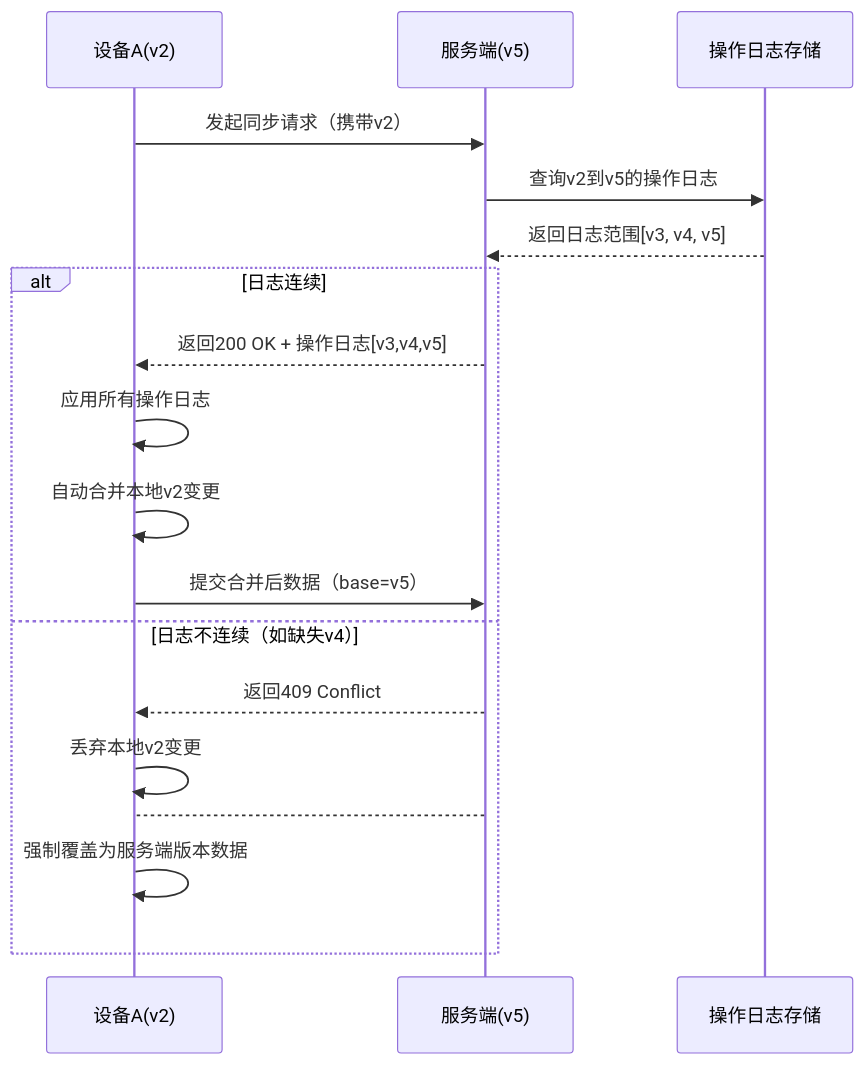
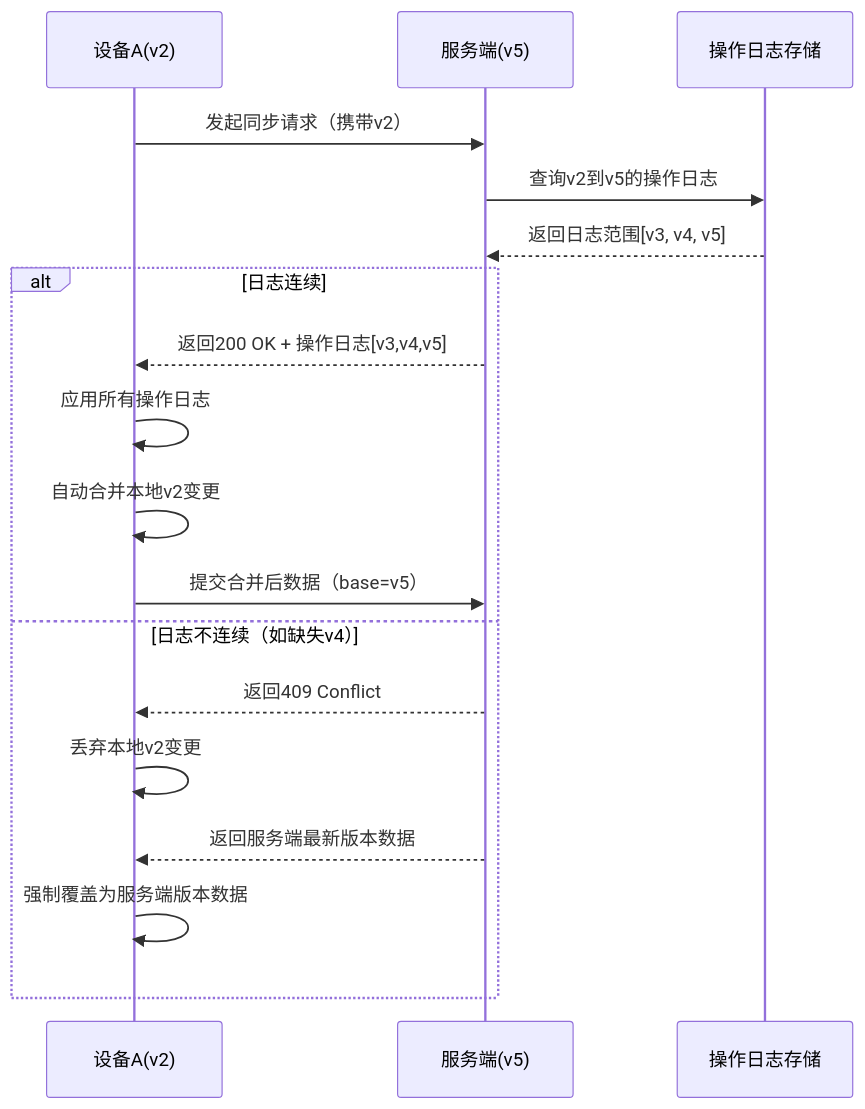
One commit to yingjianzh/iodraw-files changed the diagram in all/未命名-24.md. Above: the diagram before and after it, drawn with Mermaid.

Commit message:
2025-02-24 11:05:37 update

````diff
--- a/all/未命名-24.md
+++ b/all/未命名-24.md
@@ -1,24 +1,24 @@
 ```mermaid
 
 sequenceDiagram
     participant A as 设备A(v2)
     participant S as 服务端(v5)
     participant DB as 操作日志存储
 
 
     A->>S: 发起同步请求（携带v2）
     S->>DB: 查询v2到v5的操作日志
     DB-->>S: 返回日志范围[v3, v4, v5]
     
     alt 日志连续
         S-->>A: 返回200 OK + 操作日志[v3,v4,v5]
         A->>A: 应用所有操作日志
         A->>A: 自动合并本地v2变更
         A->>S: 提交合并后数据（base=v5）
     else 日志不连续（如缺失v4）
         S-->>A: 返回409 Conflict
         A->>A: 丢弃本地v2变更
-        S-->A:  
+        S-->>A: 返回服务端最新版本数据
         A->>A: 强制覆盖为服务端版本数据
     end
 ```
````
